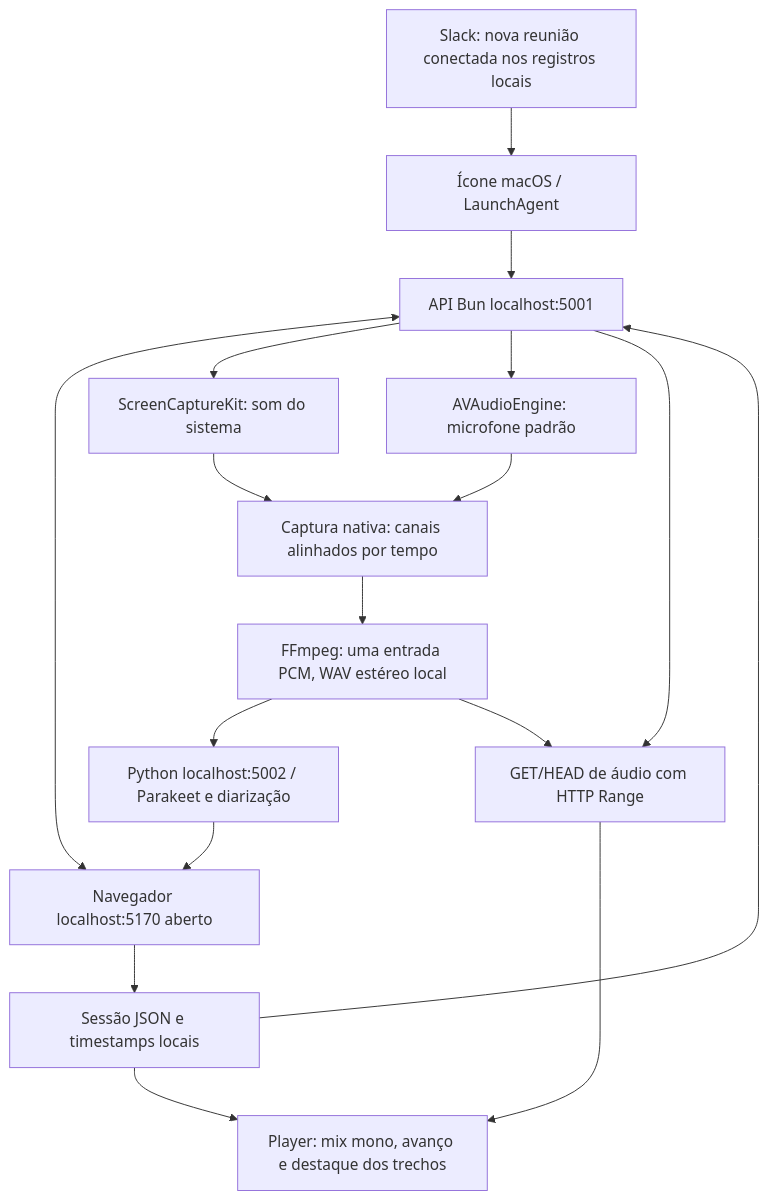
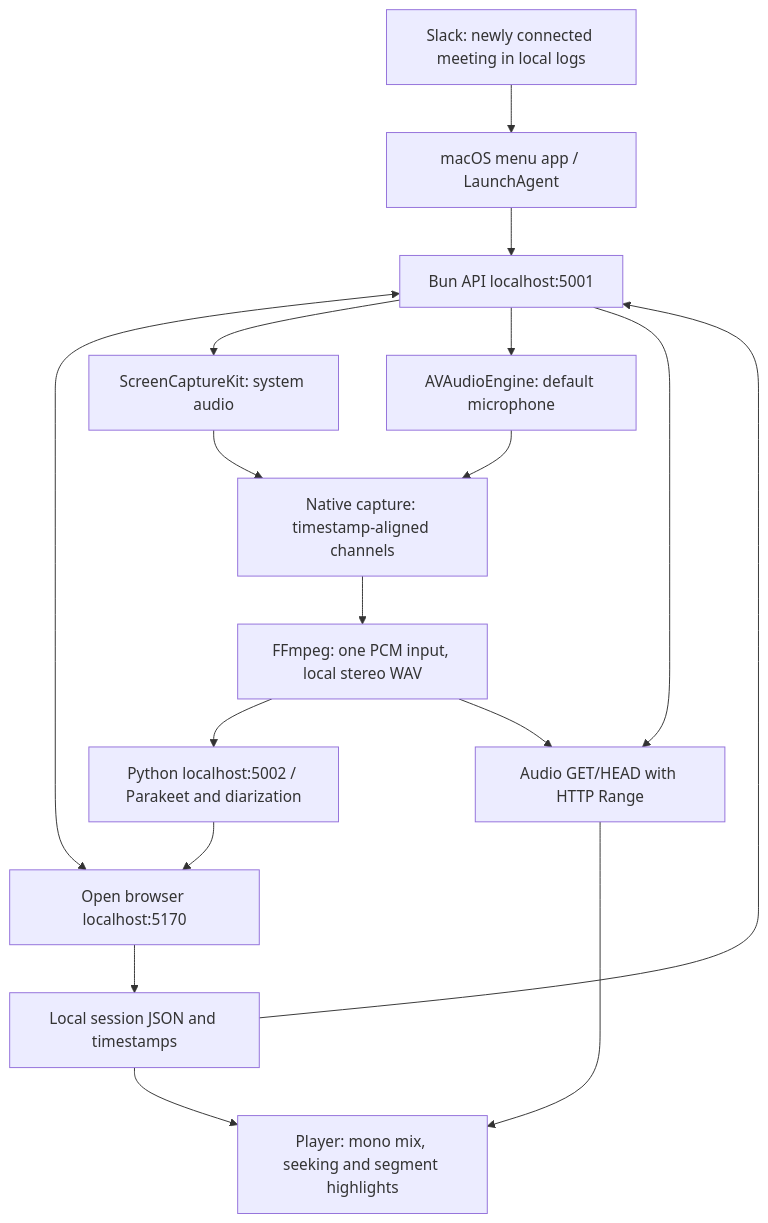
Before and after one commit to augustocbx/heed-macos: the diagram in README.md, drawn with Mermaid. The commit also changed other lines of this file and 41 other files, not shown here.

````diff
--- a/README.md
+++ b/README.md
@@ -73,19 +75,19 @@
 ```mermaid
 flowchart TD
-    S[Slack: nova reunião conectada nos registros locais] --> A[Ícone macOS / LaunchAgent]
-    A --> B[API Bun localhost:5001]
-    B <--> C[Navegador localhost:5170 aberto]
-    B --> D[ScreenCaptureKit: som do sistema]
-    B --> E[AVAudioEngine: microfone padrão]
-    D --> K[Captura nativa: canais alinhados por tempo]
+    S[Slack: newly connected meeting in local logs] --> A[macOS menu app / LaunchAgent]
+    A --> B[Bun API localhost:5001]
+    B <--> C[Open browser localhost:5170]
+    B --> D[ScreenCaptureKit: system audio]
+    B --> E[AVAudioEngine: default microphone]
+    D --> K[Native capture: timestamp-aligned channels]
     E --> K
-    K --> F[FFmpeg: uma entrada PCM, WAV estéreo local]
-    F --> G[Python localhost:5002 / Parakeet e diarização]
+    K --> F[FFmpeg: one PCM input, local stereo WAV]
+    F --> G[Python localhost:5002 / Parakeet and diarization]
     G --> C
-    C --> H[Sessão JSON e timestamps locais]
+    C --> H[Local session JSON and timestamps]
     H --> B
-    F --> I[GET/HEAD de áudio com HTTP Range]
+    F --> I[Audio GET/HEAD with HTTP Range]
     B --> I
-    I --> J[Player: mix mono, avanço e destaque dos trechos]
+    I --> J[Player: mono mix, seeking and segment highlights]
     H --> J
 ```
````
